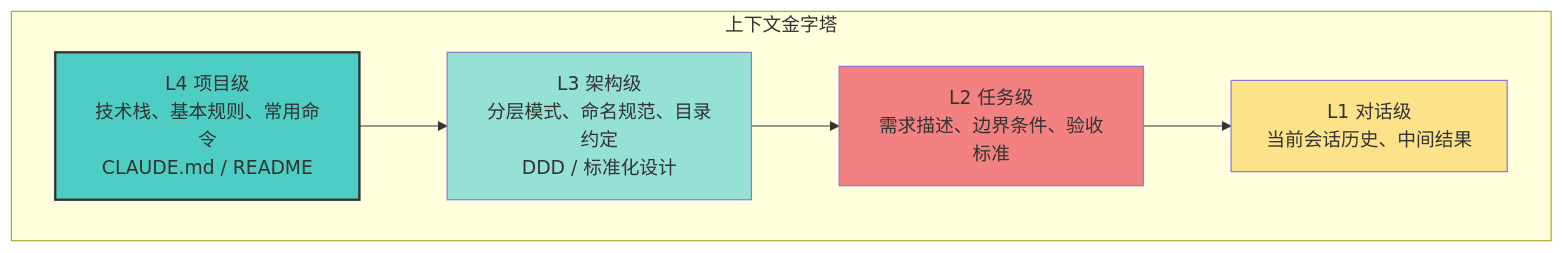
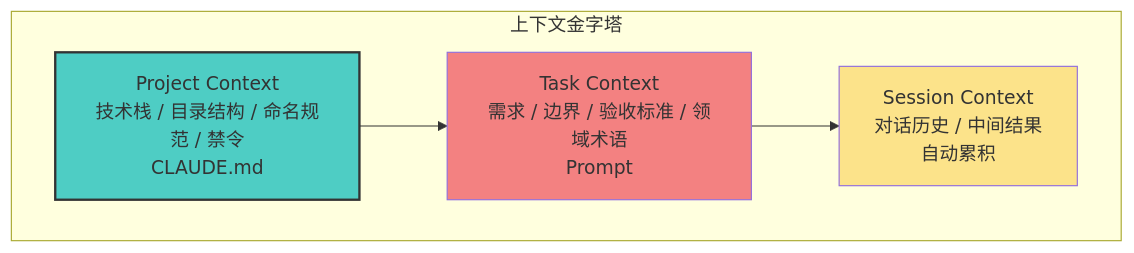
Before and after one commit to ferstar/blog: the second of 9 diagrams in content/post/issue-94.md, drawn with Mermaid. The commit also changed other lines of this file, not shown here.

````diff
--- a/content/post/issue-94.md
+++ b/content/post/issue-94.md
@@ -124,16 +124,14 @@
 ```mermaid
 graph TB
     subgraph 上下文金字塔
-        L4["L4 项目级<br/>技术栈、基本规则、常用命令<br/>CLAUDE.md / README"]
-        L3["L3 架构级<br/>分层模式、命名规范、目录约定<br/>DDD / 标准化设计"]
-        L2["L2 任务级<br/>需求描述、边界条件、验收标准"]
-        L1["L1 对话级<br/>当前会话历史、中间结果"]
+        P["Project Context<br/>技术栈 / 目录结构 / 命名规范 / 禁令<br/>CLAUDE.md"]
+        T["Task Context<br/>需求 / 边界 / 验收标准 / 领域术语<br/>Prompt"]
+        S["Session Context<br/>对话历史 / 中间结果<br/>自动累积"]
     end
 
-    L4 --> L3 --> L2 --> L1
+    P --> T --> S
 
-    style L4 fill:#4ecdc4,stroke:#333,stroke-width:2px
-    style L3 fill:#95e1d3
-    style L2 fill:#f38181
-    style L1 fill:#fce38a
+    style P fill:#4ecdc4,stroke:#333,stroke-width:2px
+    style T fill:#f38181
+    style S fill:#fce38a
 ```
````
